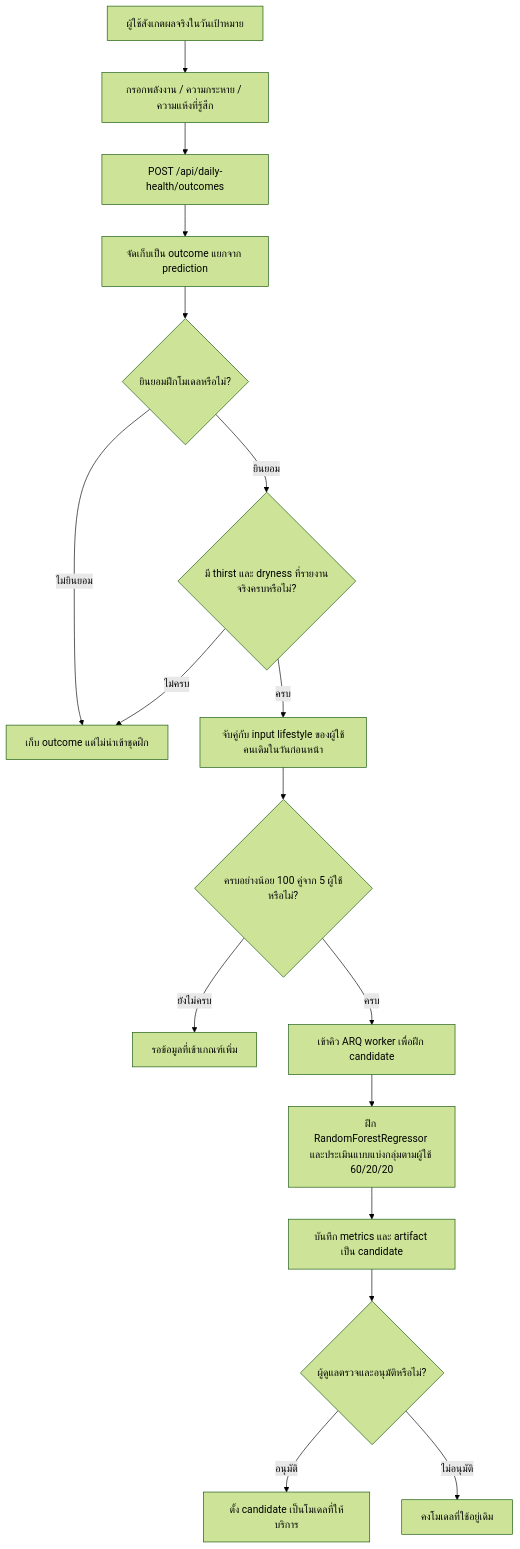
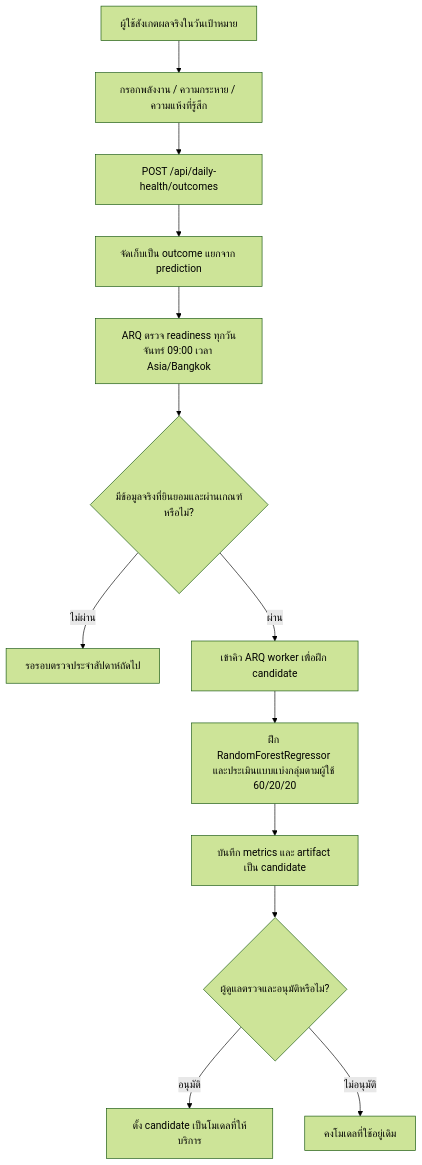
Before and after one commit to PacharaponK/Aphrodize: the third of 3 diagrams in docs/Daily-Health-Input-Flow.md, drawn with Mermaid (forest theme). The commit also changed other lines of this file and 32 other files, not shown here.

````diff
--- a/docs/Daily-Health-Input-Flow.md
+++ b/docs/Daily-Health-Input-Flow.md
@@ -93,19 +101,15 @@
 ```mermaid
 flowchart TD
     A[ผู้ใช้สังเกตผลจริงในวันเป้าหมาย] --> B[กรอกพลังงาน / ความกระหาย / ความแห้งที่รู้สึก]
     B --> C[POST /api/daily-health/outcomes]
     C --> D[จัดเก็บเป็น outcome แยกจาก prediction]
-    D --> E{ยินยอมฝึกโมเดลหรือไม่?}
-    E -- ไม่ยินยอม --> F[เก็บ outcome แต่ไม่นำเข้าชุดฝึก]
-    E -- ยินยอม --> G{มี thirst และ dryness ที่รายงานจริงครบหรือไม่?}
-    G -- ไม่ครบ --> F
-    G -- ครบ --> H[จับคู่กับ input lifestyle ของผู้ใช้คนเดิมในวันก่อนหน้า]
-    H --> I{ครบอย่างน้อย 100 คู่จาก 5 ผู้ใช้หรือไม่?}
-    I -- ยังไม่ครบ --> J[รอข้อมูลที่เข้าเกณฑ์เพิ่ม]
-    I -- ครบ --> K[เข้าคิว ARQ worker เพื่อฝึก candidate]
-    K --> L[ฝึก RandomForestRegressor และประเมินแบบแบ่งกลุ่มตามผู้ใช้ 60/20/20]
-    L --> M[บันทึก metrics และ artifact เป็น candidate]
-    M --> N{ผู้ดูแลตรวจและอนุมัติหรือไม่?}
-    N -- อนุมัติ --> O[ตั้ง candidate เป็นโมเดลที่ให้บริการ]
-    N -- ไม่อนุมัติ --> P[คงโมเดลที่ใช้อยู่เดิม]
+    D --> E[ARQ ตรวจ readiness ทุกวันจันทร์ 09:00 เวลา Asia/Bangkok]
+    E --> F{มีข้อมูลจริงที่ยินยอมและผ่านเกณฑ์หรือไม่?}
+    F -- ไม่ผ่าน --> G[รอรอบตรวจประจำสัปดาห์ถัดไป]
+    F -- ผ่าน --> H[เข้าคิว ARQ worker เพื่อฝึก candidate]
+    H --> I[ฝึก RandomForestRegressor และประเมินแบบแบ่งกลุ่มตามผู้ใช้ 60/20/20]
+    I --> J[บันทึก metrics และ artifact เป็น candidate]
+    J --> K{ผู้ดูแลตรวจและอนุมัติหรือไม่?}
+    K -- อนุมัติ --> L[ตั้ง candidate เป็นโมเดลที่ให้บริการ]
+    K -- ไม่อนุมัติ --> M[คงโมเดลที่ใช้อยู่เดิม]
 ```
````
